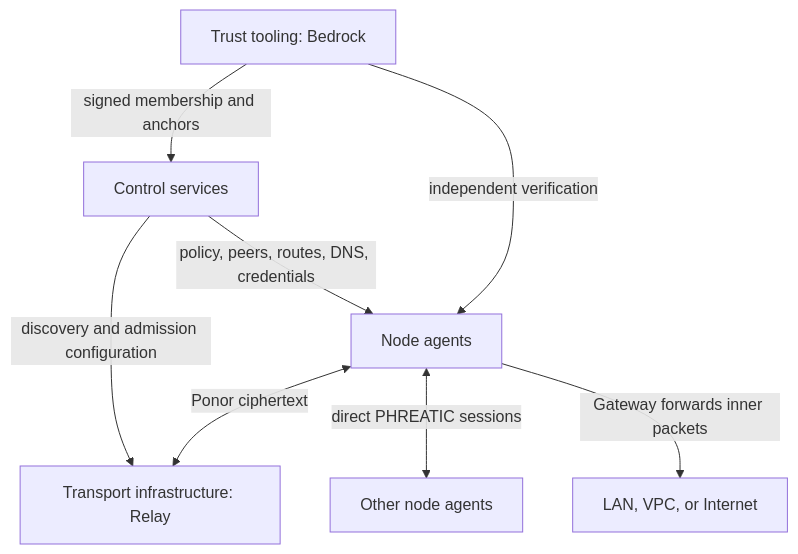
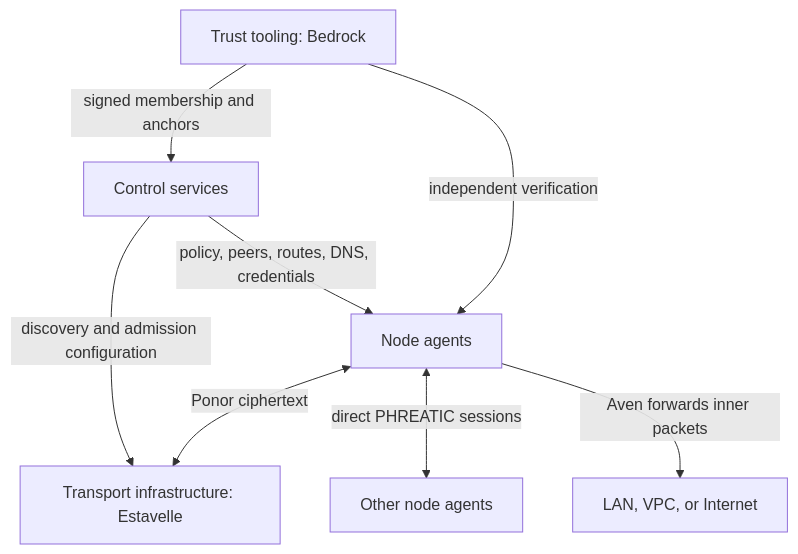
One commit to karst-net/karst changed the diagram in docs/COMPONENT-ARCHITECTURE.md. Above: the diagram before and after it, drawn with Mermaid. The commit also changed other lines of this file and 474 other files, not shown here.

First line of the commit message:
Rename AVEN/Relay/Gateway to Resurgence/Estavelle/Aven (ADR-0069) (#557)

````diff
--- a/docs/COMPONENT-ARCHITECTURE.md
+++ b/docs/COMPONENT-ARCHITECTURE.md
@@ -22,10 +29,10 @@
 ```mermaid
 flowchart TD
     Trust["Trust tooling: Bedrock"] -->|signed membership and anchors| Control["Control services"]
     Control -->|policy, peers, routes, DNS, credentials| Nodes["Node agents"]
     Trust -->|independent verification| Nodes
-    Control -->|discovery and admission configuration| Relay["Transport infrastructure: Relay"]
-    Nodes <-->|Ponor ciphertext| Relay
+    Control -->|discovery and admission configuration| Estavelle["Transport infrastructure: Estavelle"]
+    Nodes <-->|Ponor ciphertext| Estavelle
     Nodes <-->|direct PHREATIC sessions| Peers["Other node agents"]
-    Nodes -->|Gateway forwards inner packets| Network["LAN, VPC, or Internet"]
+    Nodes -->|Aven forwards inner packets| Network["LAN, VPC, or Internet"]
 ```
````
